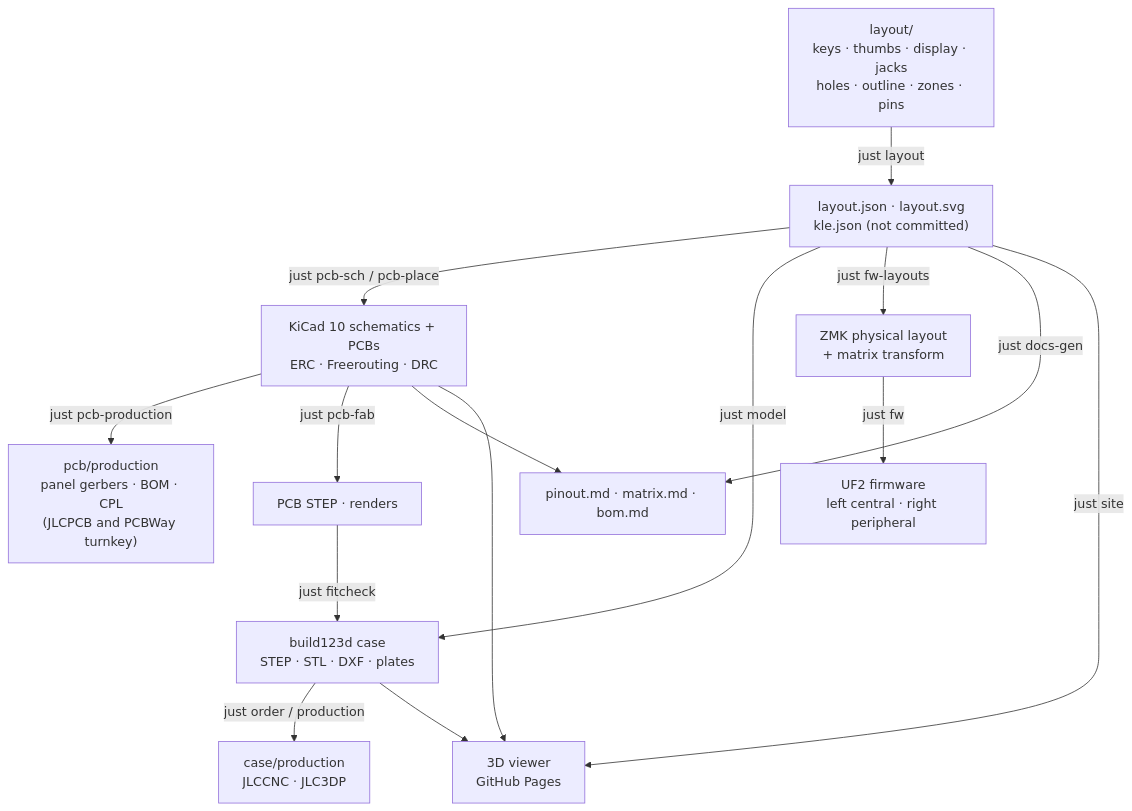
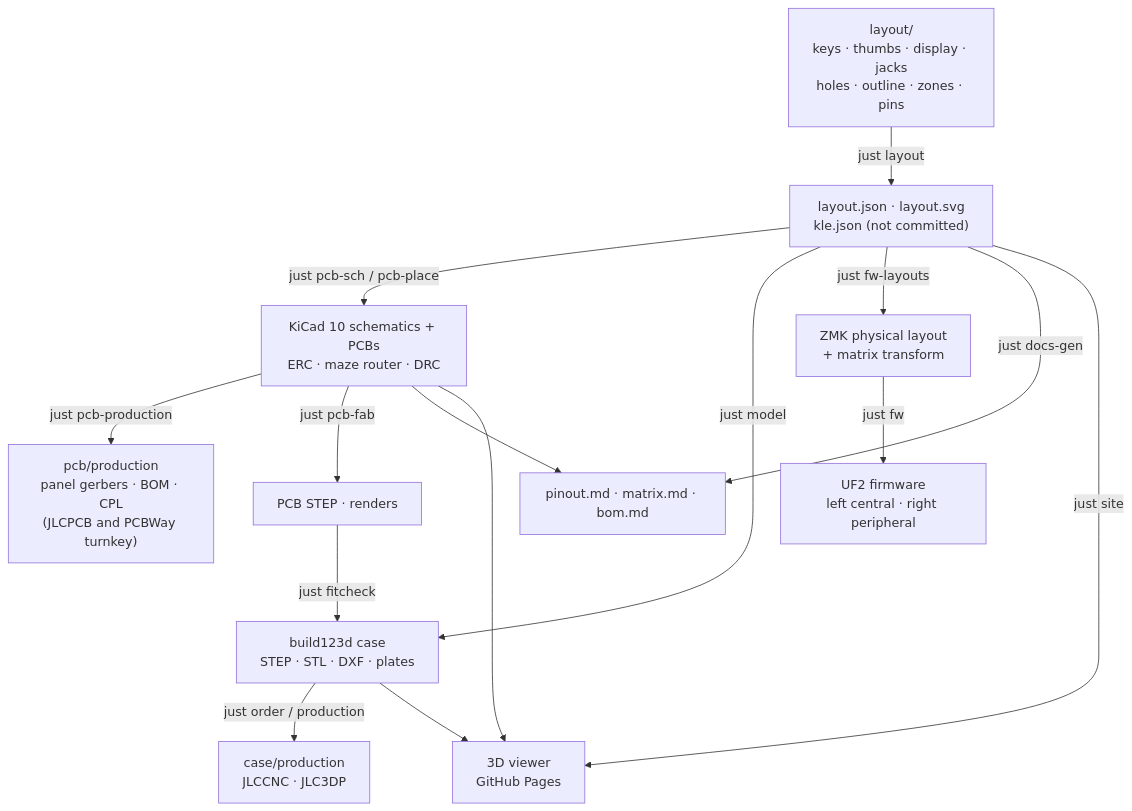
The second of 2 diagrams in README.md (w0rxbend/worxboard), drawn with Mermaid before and after one commit. The commit also changed other lines of this file and 95 other files, not shown here.

````diff
--- a/README.md
+++ b/README.md
@@ -461,17 +461,17 @@
 ```mermaid
 flowchart TB
     L["layout/<br/>keys · thumbs · display · jacks<br/>holes · outline · zones · pins"] -->|just layout| J["layout.json · layout.svg<br/>kle.json (not committed)"]
-    J -->|just pcb-sch / pcb-place| P["KiCad 10 schematics + PCBs<br/>ERC · Freerouting · DRC"]
+    J -->|just pcb-sch / pcb-place| P["KiCad 10 schematics + PCBs<br/>ERC · maze router · DRC"]
     P -->|just pcb-production| F["pcb/production<br/>panel gerbers · BOM · CPL<br/>(JLCPCB and PCBWay turnkey)"]
     P -->|just pcb-fab| S["PCB STEP · renders"]
     J -->|just model| C["build123d case<br/>STEP · STL · DXF · plates"]
     S -->|just fitcheck| C
     C -->|just order / production| O["case/production<br/>JLCCNC · JLC3DP"]
     J -->|just fw-layouts| Z["ZMK physical layout<br/>+ matrix transform"]
     Z -->|just fw| U["UF2 firmware<br/>left central · right peripheral"]
     J -->|just docs-gen| D["pinout.md · matrix.md · bom.md"]
     P --> D
     J -->|just site| W["3D viewer<br/>GitHub Pages"]
     P --> W
     C --> W
 ```
````
